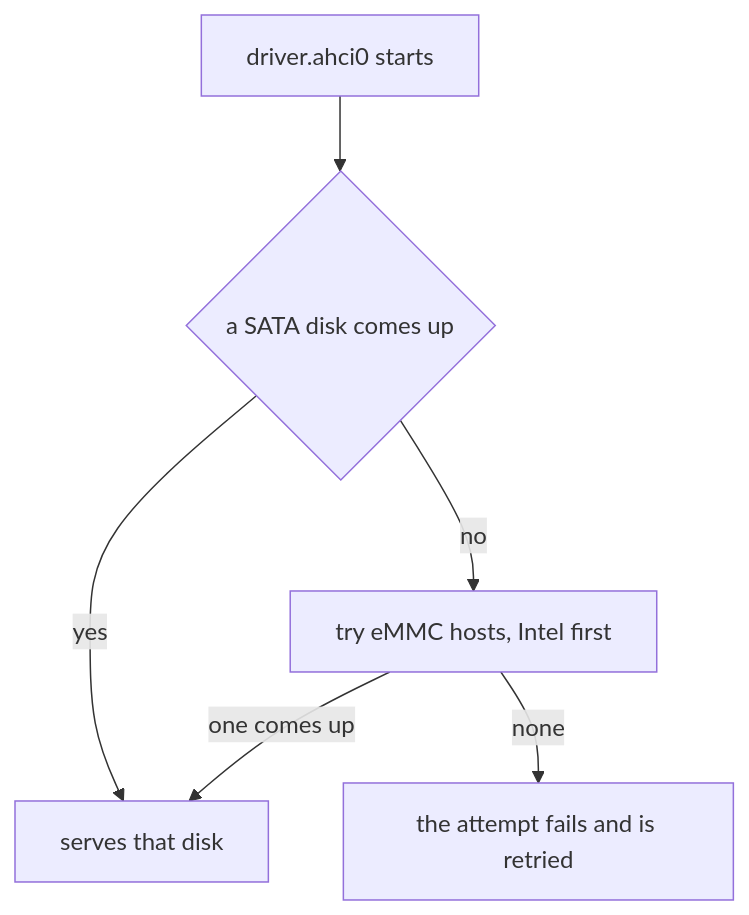
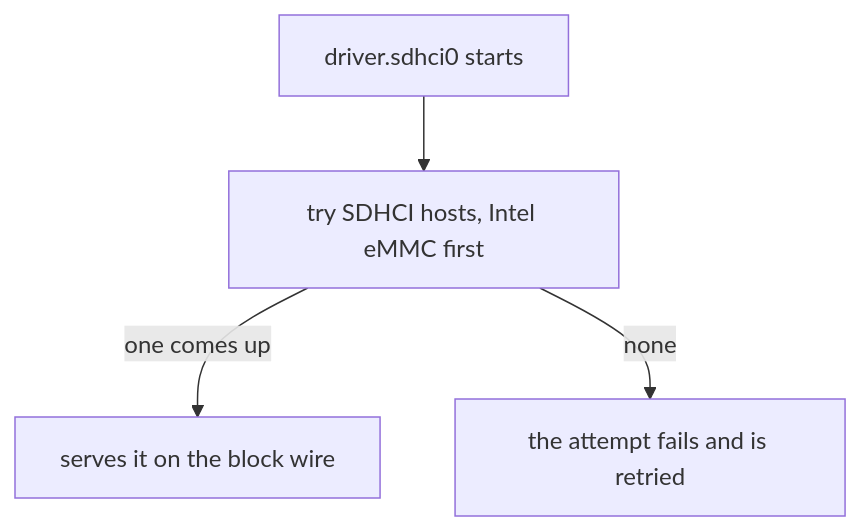
Before and after one commit to NON-OS/microkernel: the diagram in docs/drivers/storage/sd-and-emmc.md, drawn with Mermaid. The commit also changed other lines of this file and 2 other files, not shown here.

Commit message:
docs: eMMC is driver.sdhci0's now

````diff
--- a/docs/drivers/storage/sd-and-emmc.md
+++ b/docs/drivers/storage/sd-and-emmc.md
@@ -23,8 +23,6 @@
 ```mermaid
 flowchart TD
-    Start[driver.ahci0 starts] --> Sata{a SATA disk comes up}
-    Sata -->|yes| Disk[serves that disk]
-    Sata -->|no| Hosts[try eMMC hosts, Intel first]
-    Hosts -->|one comes up| Disk
+    Start[driver.sdhci0 starts] --> Hosts[try SDHCI hosts, Intel eMMC first]
+    Hosts -->|one comes up| Disk[serves it on the block wire]
     Hosts -->|none| Retry[the attempt fails and is retried]
 ```
````
